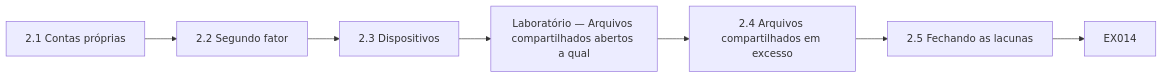
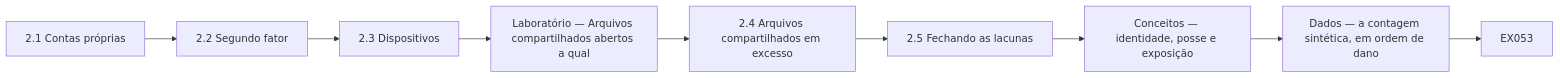
Before and after one commit to hiagokinlevi/CyKin: the fifth of 12 diagrams in levels/rapid-1-month/information-security/pt/book/MANUSCRIPT.md, drawn with Mermaid. The commit also changed other lines of this file and 1 other file, not shown here.

````diff
--- a/levels/rapid-1-month/information-security/pt/book/MANUSCRIPT.md
+++ b/levels/rapid-1-month/information-security/pt/book/MANUSCRIPT.md
@@ -184,10 +255,12 @@
 ```mermaid
 flowchart LR
   N0["2.1 Contas próprias"]
   N1["2.2 Segundo fator"]
   N2["2.3 Dispositivos"]
   N3["Laboratório — Arquivos compartilhados abertos a qual"]
   N4["2.4 Arquivos compartilhados em excesso"]
   N5["2.5 Fechando as lacunas"]
-  N0 --> N1 --> N2 --> N3 --> N4 --> N5 --> Q["EX014"]
+  N6["Conceitos — identidade, posse e exposição"]
+  N7["Dados — a contagem sintética, em ordem de dano"]
+  N0 --> N1 --> N2 --> N3 --> N4 --> N5 --> N6 --> N7 --> Q["EX053"]
 ```
````
